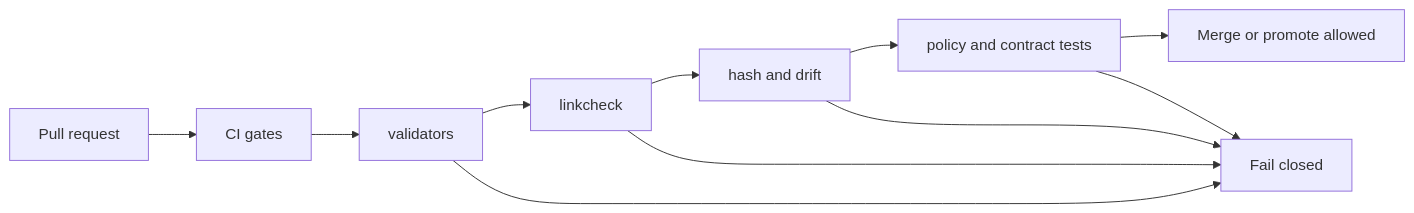
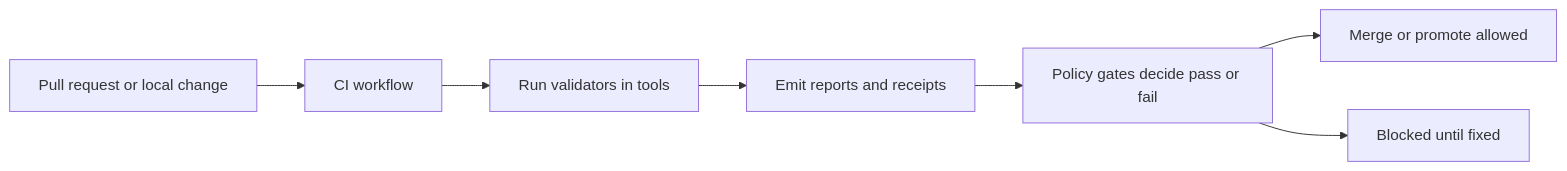
The diagram in tools/README.md (bartytime4life/Kansas-Frontier-Matrix), drawn with Mermaid before and after one commit. The commit also changed other lines of this file, not shown here.

````diff
--- a/tools/README.md
+++ b/tools/README.md
@@ -255,14 +148,9 @@
 ```mermaid
 flowchart LR
-  PR[Pull request] --> CI[CI gates]
-  CI --> V[validators]
-  V --> L[linkcheck]
-  L --> H[hash and drift]
-  H --> P[policy and contract tests]
-  P --> OK[Merge or promote allowed]
-
-  V --> BLOCK[Fail closed]
-  L --> BLOCK
-  H --> BLOCK
-  P --> BLOCK
+  PR[Pull request or local change] --> CI[CI workflow]
+  CI --> V1[Run validators in tools]
+  V1 --> RPT[Emit reports and receipts]
+  RPT --> GATE[Policy gates decide pass or fail]
+  GATE --> MERGE[Merge or promote allowed]
+  GATE --> BLOCK[Blocked until fixed]
 ```
````
